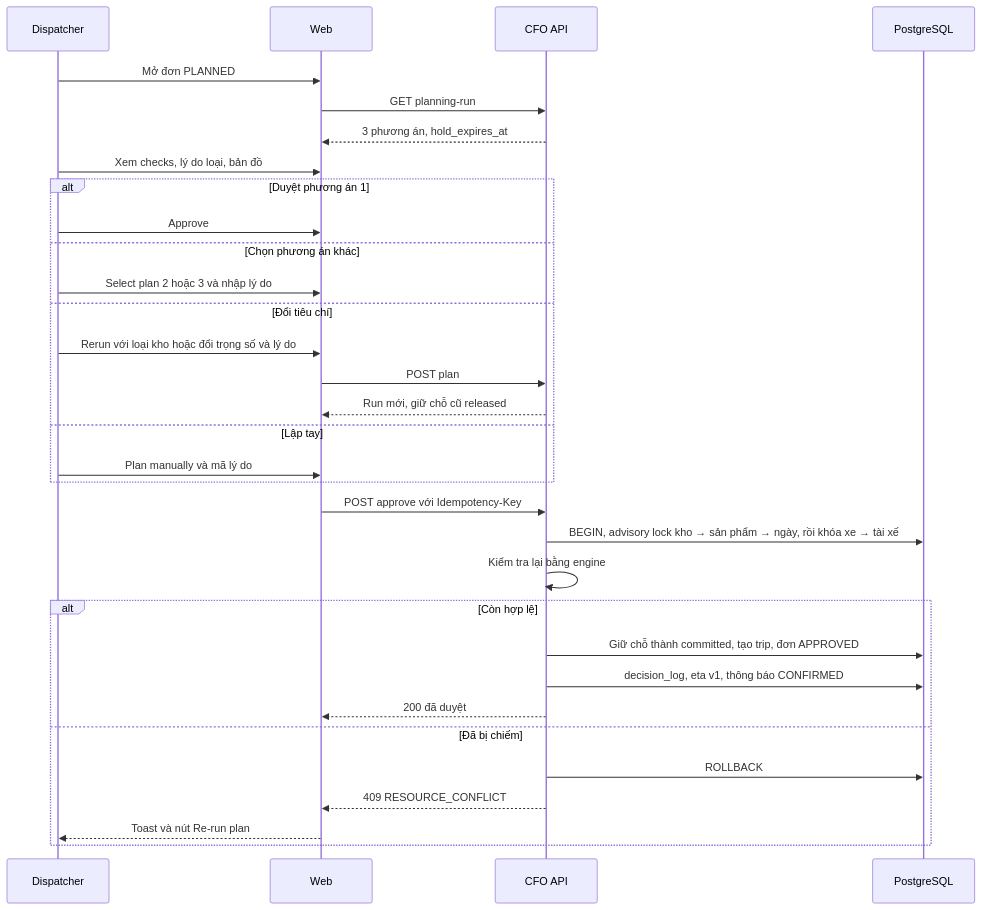
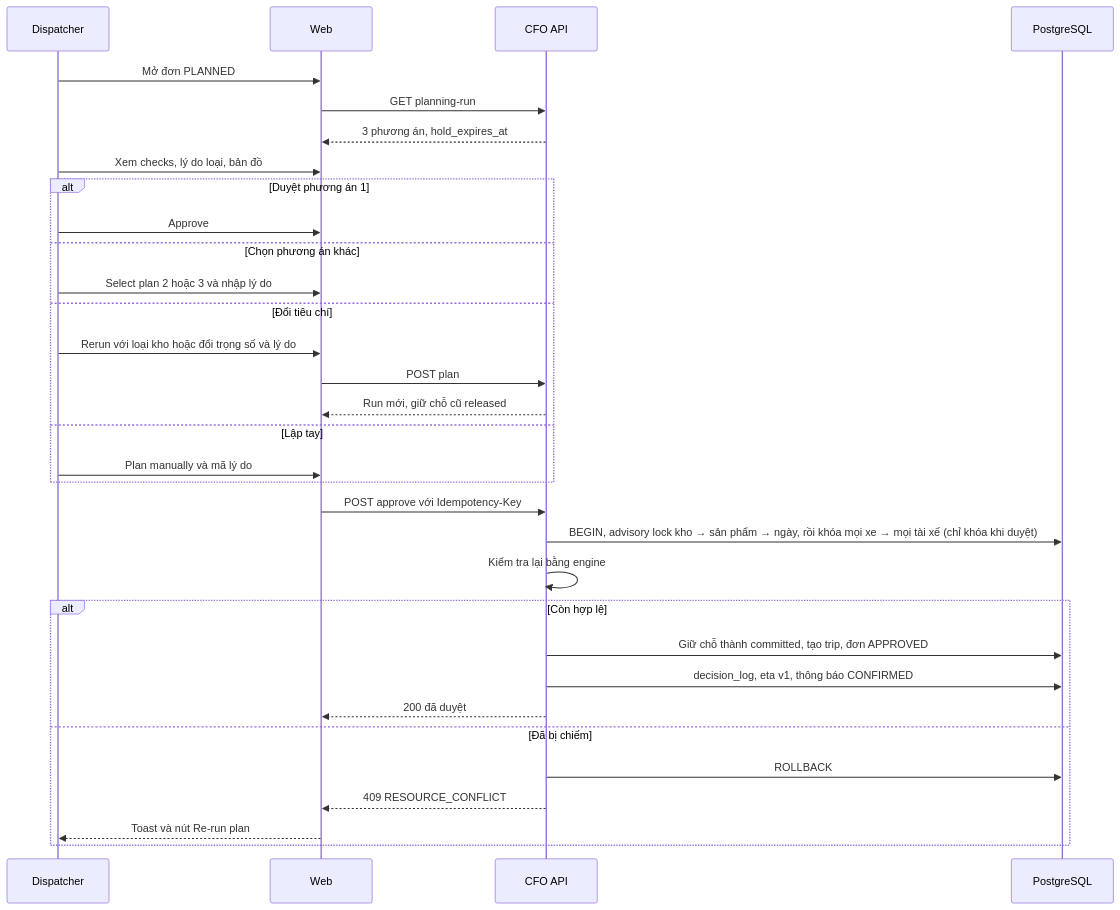
One commit to qaztyhn/cfo-itconsultant changed the fourth of 13 diagrams in docs/07_User_Flows.md. Above: the diagram before and after it, drawn with Mermaid. The commit also changed other lines of this file and 72 other files, not shown here.

````diff
--- a/docs/07_User_Flows.md
+++ b/docs/07_User_Flows.md
@@ -112,34 +111,34 @@
 ```mermaid
 sequenceDiagram
   participant D as Dispatcher
   participant UI as Web
   participant API as CFO API
   participant DB as PostgreSQL
   D->>UI: Mở đơn PLANNED
   UI->>API: GET planning-run
   API-->>UI: 3 phương án, hold_expires_at
   D->>UI: Xem checks, lý do loại, bản đồ
   alt Duyệt phương án 1
     D->>UI: Approve
   else Chọn phương án khác
     D->>UI: Select plan 2 hoặc 3 và nhập lý do
   else Đổi tiêu chí
     D->>UI: Rerun với loại kho hoặc đổi trọng số và lý do
     UI->>API: POST plan
     API-->>UI: Run mới, giữ chỗ cũ released
   else Lập tay
     D->>UI: Plan manually và mã lý do
   end
   UI->>API: POST approve với Idempotency-Key
-  API->>DB: BEGIN, advisory lock kho → sản phẩm → ngày, rồi khóa xe → tài xế
+  API->>DB: BEGIN, advisory lock kho → sản phẩm → ngày, rồi khóa mọi xe → mọi tài xế (chỉ khóa khi duyệt)
   API->>API: Kiểm tra lại bằng engine
   alt Còn hợp lệ
     API->>DB: Giữ chỗ thành committed, tạo trip, đơn APPROVED
     API->>DB: decision_log, eta v1, thông báo CONFIRMED
     API-->>UI: 200 đã duyệt
   else Đã bị chiếm
     API->>DB: ROLLBACK
     API-->>UI: 409 RESOURCE_CONFLICT
     UI-->>D: Toast và nút Re-run plan
   end
 ```
````
